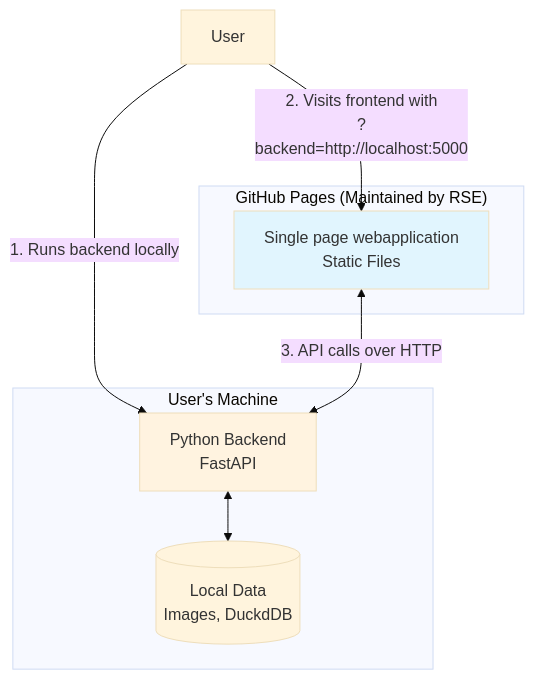
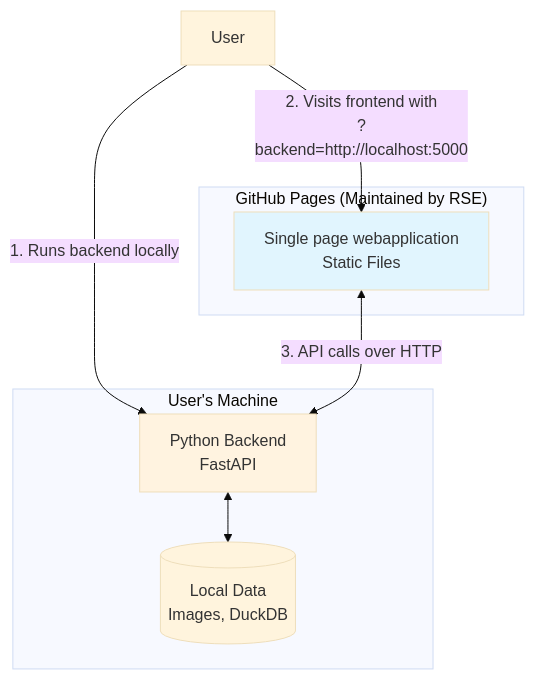
The diagram in blog/README.md (sverhoeven/byob-todo-frontend), drawn with Mermaid (base theme) before and after one commit. The commit also changed other lines of this file, not shown here.

````diff
--- a/blog/README.md
+++ b/blog/README.md
@@ -31,19 +31,19 @@
 ```mermaid
 graph TB
     subgraph "GitHub Pages (Maintained by RSE)"
         FE[Single page webapplication<br/>Static Files]
     end
     
     subgraph "User's Machine"
         BE[Python Backend<br/>FastAPI]
-        DATA[(Local Data<br/>Images, DuckdDB)]
+        DATA[(Local Data<br/>Images, DuckDB)]
     end
     
     USER[User] -->|"1. Runs backend locally"| BE
     USER -->|"2. Visits frontend with<br/>?backend=http://localhost:5000"| FE
     FE <-->|"3. API calls over HTTP"| BE
     BE <--> DATA
     
     style FE fill:#e1f5fe
     style BE fill:#fff3e0
 ```
````
